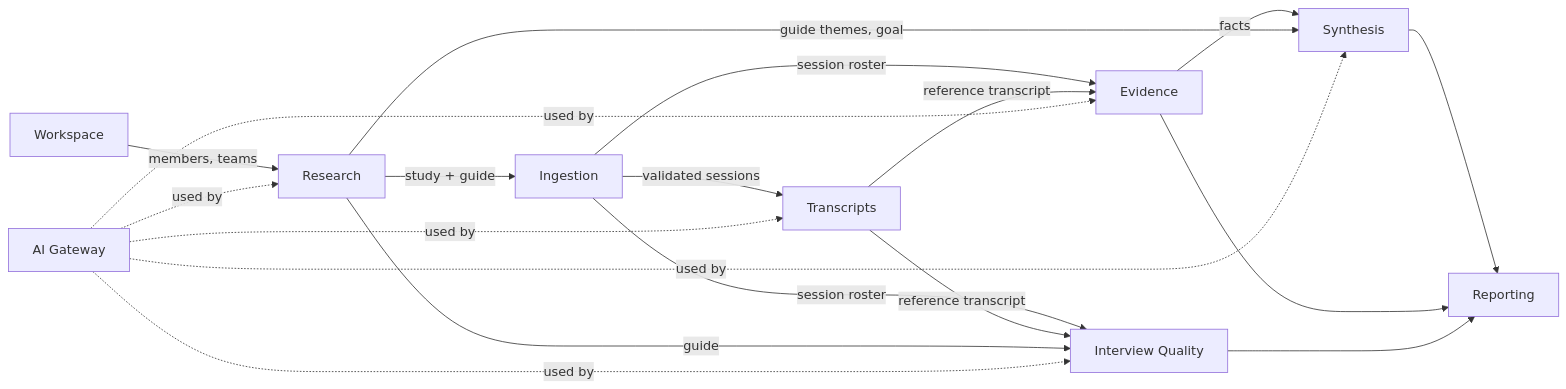
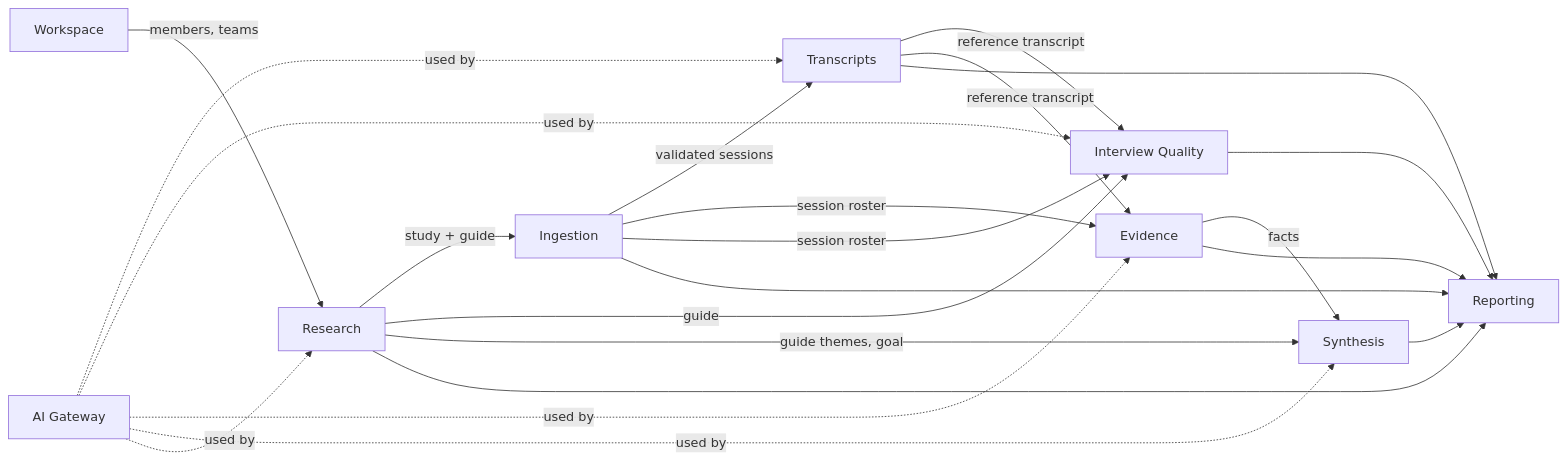
Before and after one commit to binarii-io/goodresearch: the diagram in docs/domain/context-map.md, drawn with Mermaid. The commit also changed other lines of this file and 113 other files, not shown here.

````diff
--- a/docs/domain/context-map.md
+++ b/docs/domain/context-map.md
@@ -40,17 +40,20 @@
 ```mermaid
 flowchart LR
   WS[Workspace] -->|members, teams| R[Research]
   R -->|study + guide| I[Ingestion]
   I -->|validated sessions| T[Transcripts]
   I -->|session roster| E
   I -->|session roster| Q
   T -->|reference transcript| Q[Interview Quality]
   T -->|reference transcript| E[Evidence]
   R -->|guide| Q
   E -->|facts| S[Synthesis]
   R -->|guide themes, goal| S
   S --> RP[Reporting]
   E --> RP
   Q --> RP
+  R --> RP
+  I --> RP
+  T --> RP
   AI[AI Gateway] -. used by .-> T & Q & E & S & R
 ```
````
